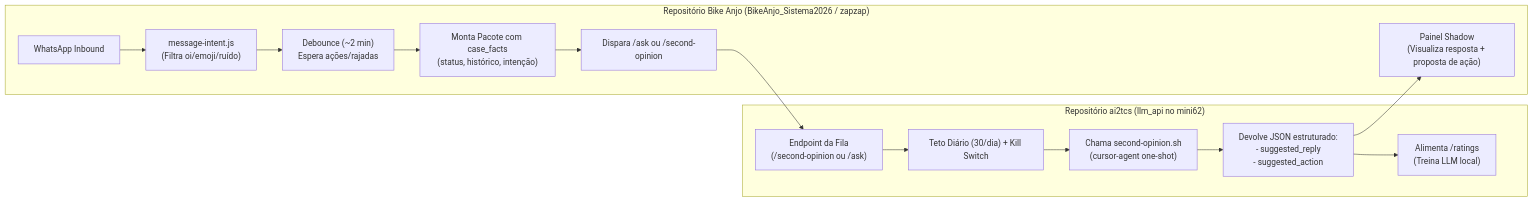
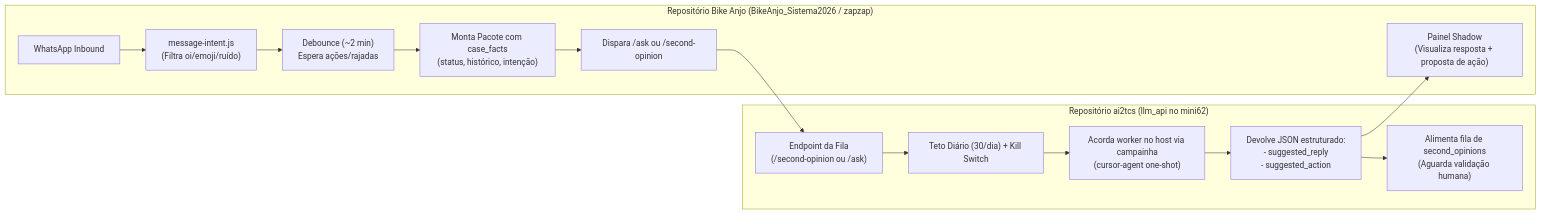
The first of 2 diagrams in docs/treinamento-llm/roteiro-10-passos-implementacao.md (ianthomaz/ai2tcs), drawn with Mermaid before and after one commit. The commit also changed other lines of this file and 8 other files, not shown here.

Commit message:
docs: formaliza padrao da pasta LLM/, credenciais por projeto e worker reativo

````diff
--- a/docs/treinamento-llm/roteiro-10-passos-implementacao.md
+++ b/docs/treinamento-llm/roteiro-10-passos-implementacao.md
@@ -36,20 +36,20 @@
 ```mermaid
 flowchart LR
     subgraph RepoBA["Repositório Bike Anjo (BikeAnjo_Sistema2026 / zapzap)"]
         W1["WhatsApp Inbound"] --> W2["message-intent.js\n(Filtra oi/emoji/ruído)"]
         W2 --> W3["Debounce (~2 min)\nEspera ações/rajadas"]
         W3 --> W4["Monta Pacote com case_facts\n(status, histórico, intenção)"]
         W4 --> W5["Dispara /ask ou /second-opinion"]
         W8["Painel Shadow\n(Visualiza resposta + proposta de ação)"]
     end
 
     subgraph RepoAI2TCS["Repositório ai2tcs (llm_api no mini62)"]
         A1["Endpoint da Fila\n(/second-opinion ou /ask)"] --> A2["Teto Diário (30/dia) + Kill Switch"]
-        A2 --> A3["Chama second-opinion.sh\n(cursor-agent one-shot)"]
+        A2 --> A3["Acorda worker no host via campainha\n(cursor-agent one-shot)"]
         A3 --> A4["Devolve JSON estruturado:\n- suggested_reply\n- suggested_action"]
-        A4 --> A5["Alimenta /ratings\n(Treina LLM local)"]
+        A4 --> A5["Alimenta fila de second_opinions\n(Aguarda validação humana)"]
     end
 
     W5 --> A1
     A4 --> W8
 ```
````
